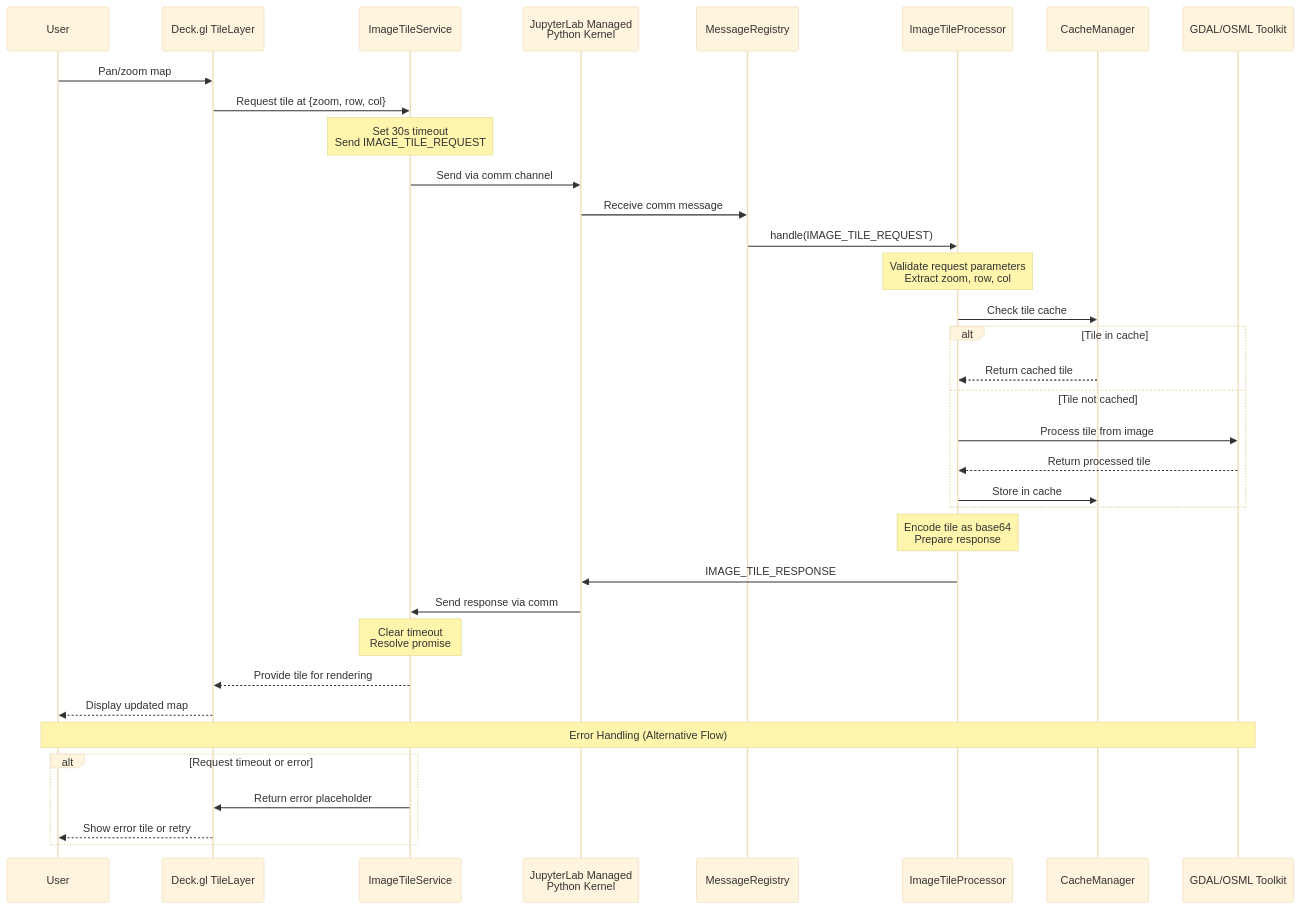
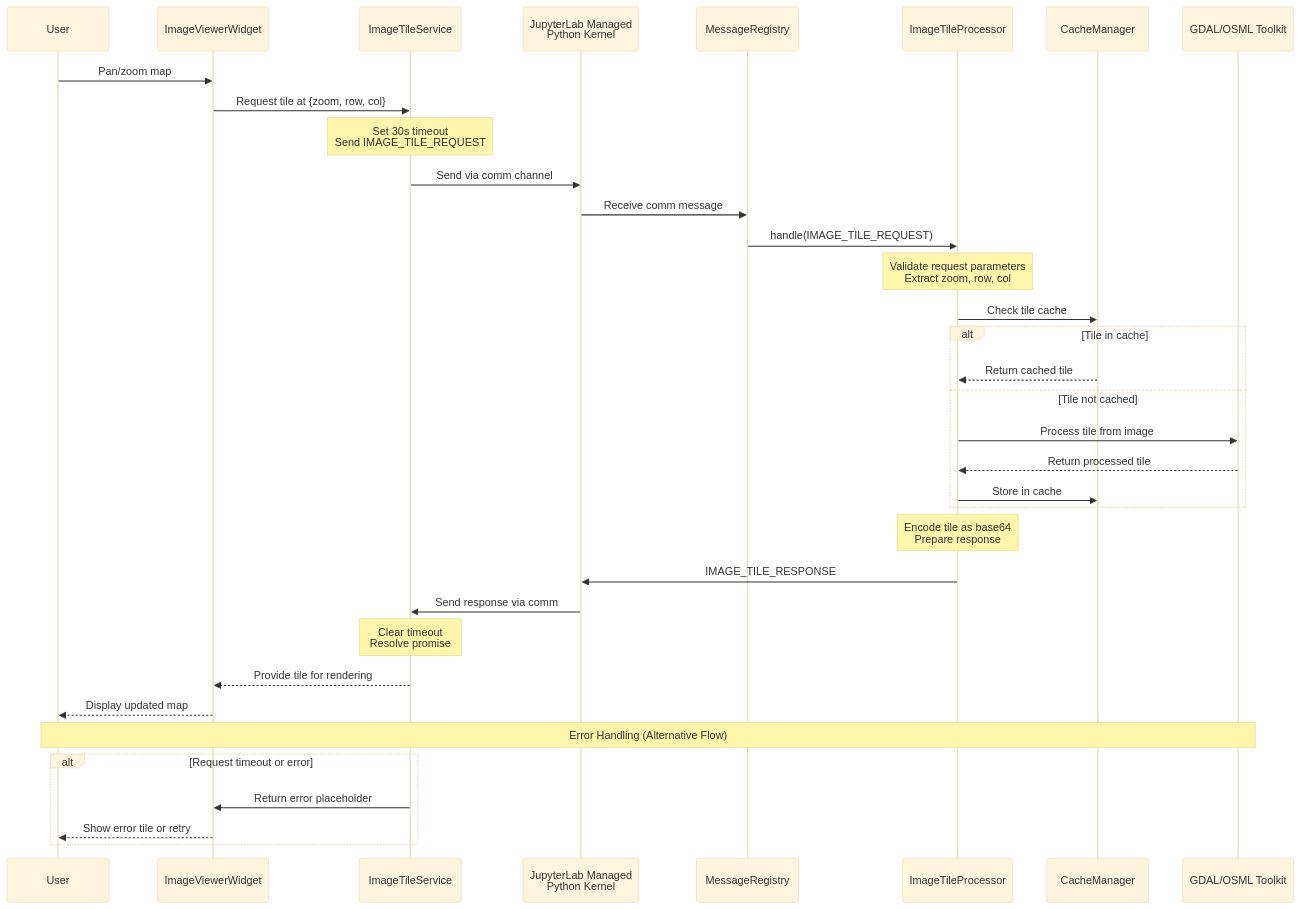
One commit to awslabs/osml-jupyter-extension changed the second of 2 diagrams in docs/ARCHITECTURE_OVERVIEW.md. Above: the diagram before and after it, drawn with Mermaid (base theme).

Commit message:
docs: update example message sequence

````diff
--- a/docs/ARCHITECTURE_OVERVIEW.md
+++ b/docs/ARCHITECTURE_OVERVIEW.md
@@ -102,46 +102,46 @@
 ```mermaid
 sequenceDiagram
     participant User
-    participant DeckGL as Deck.gl TileLayer
+    participant ImageViewerWidget
     participant ImageTileService
     participant Kernel as JupyterLab Managed<br/>Python Kernel
     participant MessageRegistry
     participant TileProcessor as ImageTileProcessor
     participant Cache as CacheManager
     participant GDAL as GDAL/OSML Toolkit
 
-    User->>DeckGL: Pan/zoom map
-    DeckGL->>ImageTileService: Request tile at {zoom, row, col}
+    User->>ImageViewerWidget: Pan/zoom map
+    ImageViewerWidget->>ImageTileService: Request tile at {zoom, row, col}
     
     Note over ImageTileService: Set 30s timeout<br/>Send IMAGE_TILE_REQUEST
     ImageTileService->>Kernel: Send via comm channel
     
     Kernel->>MessageRegistry: Receive comm message
     MessageRegistry->>TileProcessor: handle(IMAGE_TILE_REQUEST)
     
     Note over TileProcessor: Validate request parameters<br/>Extract zoom, row, col
     
     TileProcessor->>Cache: Check tile cache
     alt Tile in cache
         Cache-->>TileProcessor: Return cached tile
     else Tile not cached
         TileProcessor->>GDAL: Process tile from image
         GDAL-->>TileProcessor: Return processed tile
         TileProcessor->>Cache: Store in cache
     end
     
     Note over TileProcessor: Encode tile as base64<br/>Prepare response
     
     TileProcessor->>Kernel: IMAGE_TILE_RESPONSE
     Kernel->>ImageTileService: Send response via comm
     
     Note over ImageTileService: Clear timeout<br/>Resolve promise
-    ImageTileService-->>DeckGL: Provide tile for rendering
-    DeckGL-->>User: Display updated map
+    ImageTileService-->>ImageViewerWidget: Provide tile for rendering
+    ImageViewerWidget-->>User: Display updated map
     
     Note over User,GDAL: Error Handling (Alternative Flow)
     alt Request timeout or error
-        ImageTileService->>DeckGL: Return error placeholder
-        DeckGL-->>User: Show error tile or retry
+        ImageTileService->>ImageViewerWidget: Return error placeholder
+        ImageViewerWidget-->>User: Show error tile or retry
     end
 ```
````
